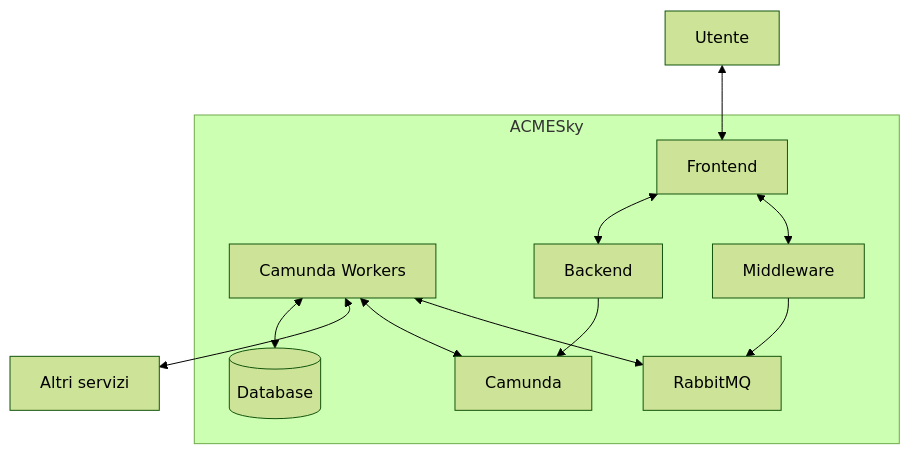
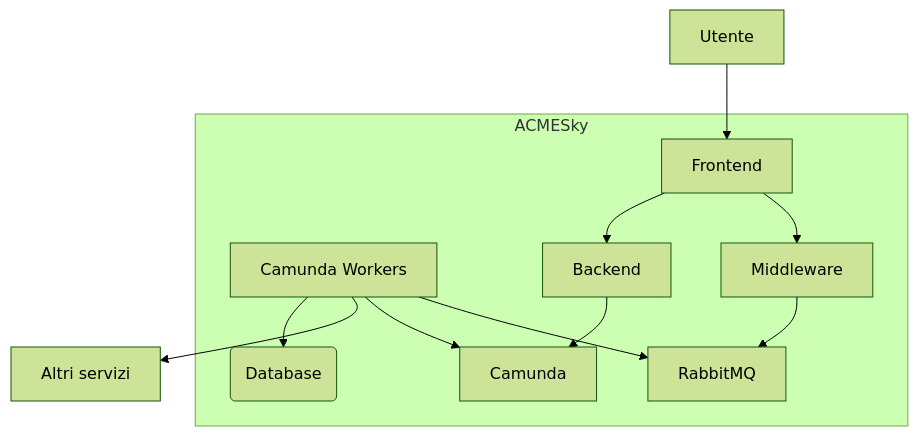
The first of 8 diagrams in docs/implementazione/acmesky.md (sosengers/project-documentation), drawn with Mermaid (forest theme) before and after one commit. The commit also changed other lines of this file and 17 other files, not shown here.

Commit message:
Modificati diagrammi

````diff
--- a/docs/implementazione/acmesky.md
+++ b/docs/implementazione/acmesky.md
@@ -5,22 +5,22 @@
 ```mermaid
 graph TD
-CW <--> DBs
-CW <--> OS[Altri servizi]
-CW <--> C
-CW <--> R
+CW --> DBs
+CW --> OS[Altri servizi]
+CW --> C
+CW --> R
 BE --> C
-FE <--> BE
-FE <--> MW
-Utente <--> FE
+FE --> BE
+FE --> MW
+Utente --> FE
 MW --> R
 
 subgraph ACMESky
-DBs[(Database)]
+DBs(Database)
 CW[Camunda Workers]
 C[Camunda]
 BE[Backend]
 R[RabbitMQ]
 FE[Frontend]
 MW[Middleware]
 end
 ```
````
